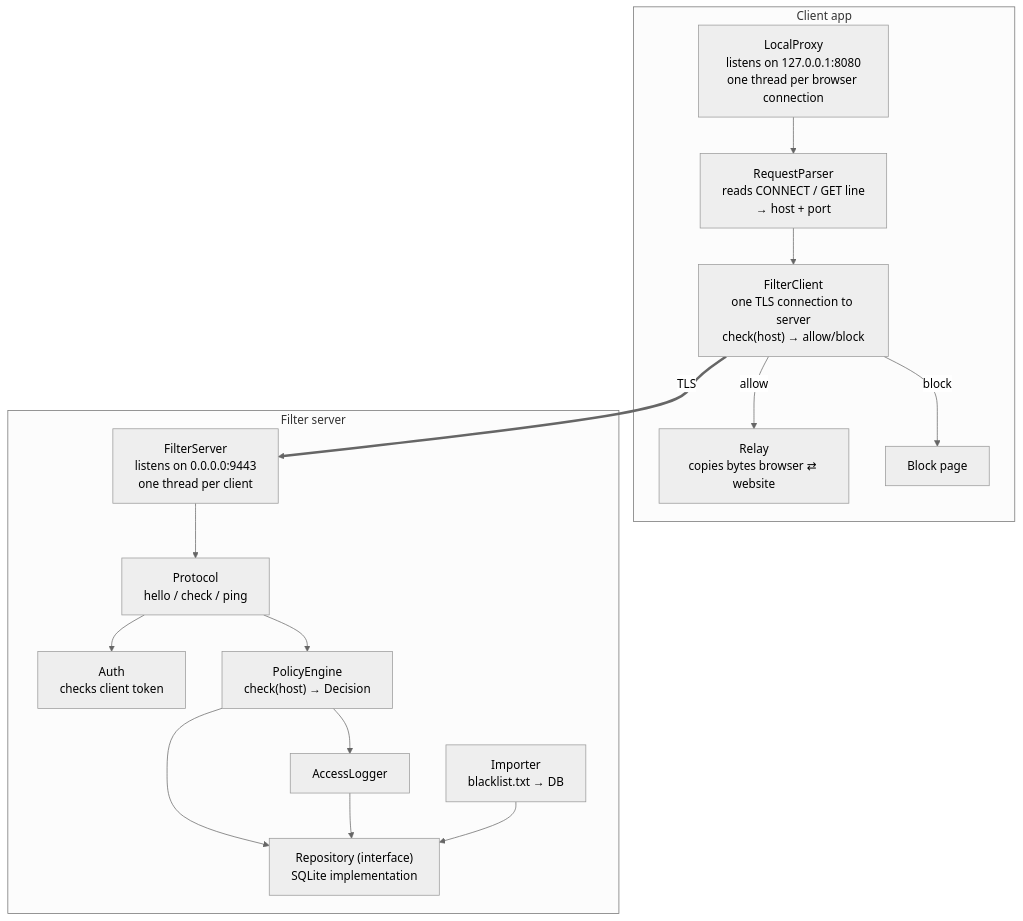
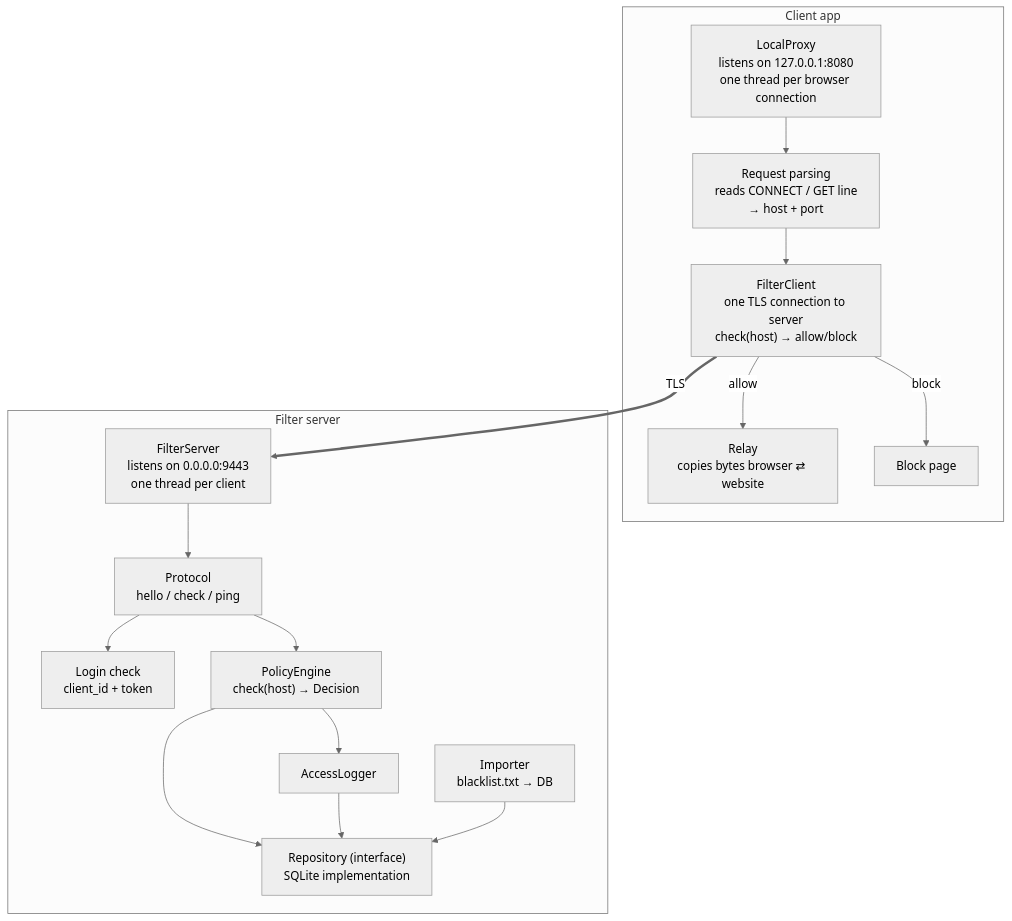
One commit to itamarimor2009/YearlyProject changed the third of 11 diagrams in docs/ARCHITECTURE.md. Above: the diagram before and after it, drawn with Mermaid (neutral theme). The commit also changed other lines of this file and 9 other files, not shown here.

````diff
--- a/docs/ARCHITECTURE.md
+++ b/docs/ARCHITECTURE.md
@@ -68,29 +73,29 @@
 ```mermaid
 flowchart TB
     subgraph CLIENT["Client app"]
         LP["LocalProxy<br/>listens on 127.0.0.1:8080<br/>one thread per browser connection"]
-        RQ["RequestParser<br/>reads CONNECT / GET line<br/>→ host + port"]
+        RQ["Request parsing<br/>reads CONNECT / GET line<br/>→ host + port"]
         FC["FilterClient<br/>one TLS connection to server<br/>check(host) → allow/block"]
         RL["Relay<br/>copies bytes browser ⇄ website"]
         BP["Block page"]
         LP --> RQ --> FC
         FC -- allow --> RL
         FC -- block --> BP
     end
 
     subgraph SERVER["Filter server"]
         TS["FilterServer<br/>listens on 0.0.0.0:9443<br/>one thread per client"]
         PR["Protocol<br/>hello / check / ping"]
-        AU["Auth<br/>checks client token"]
+        AU["Login check<br/>client_id + token"]
         PE["PolicyEngine<br/>check(host) → Decision"]
         RP["Repository (interface)<br/>SQLite implementation"]
         LG["AccessLogger"]
         IM["Importer<br/>blacklist.txt → DB"]
         TS --> PR --> AU
         PR --> PE --> RP
         PE --> LG --> RP
         IM --> RP
     end
 
     FC == TLS ==> TS
 ```
````
